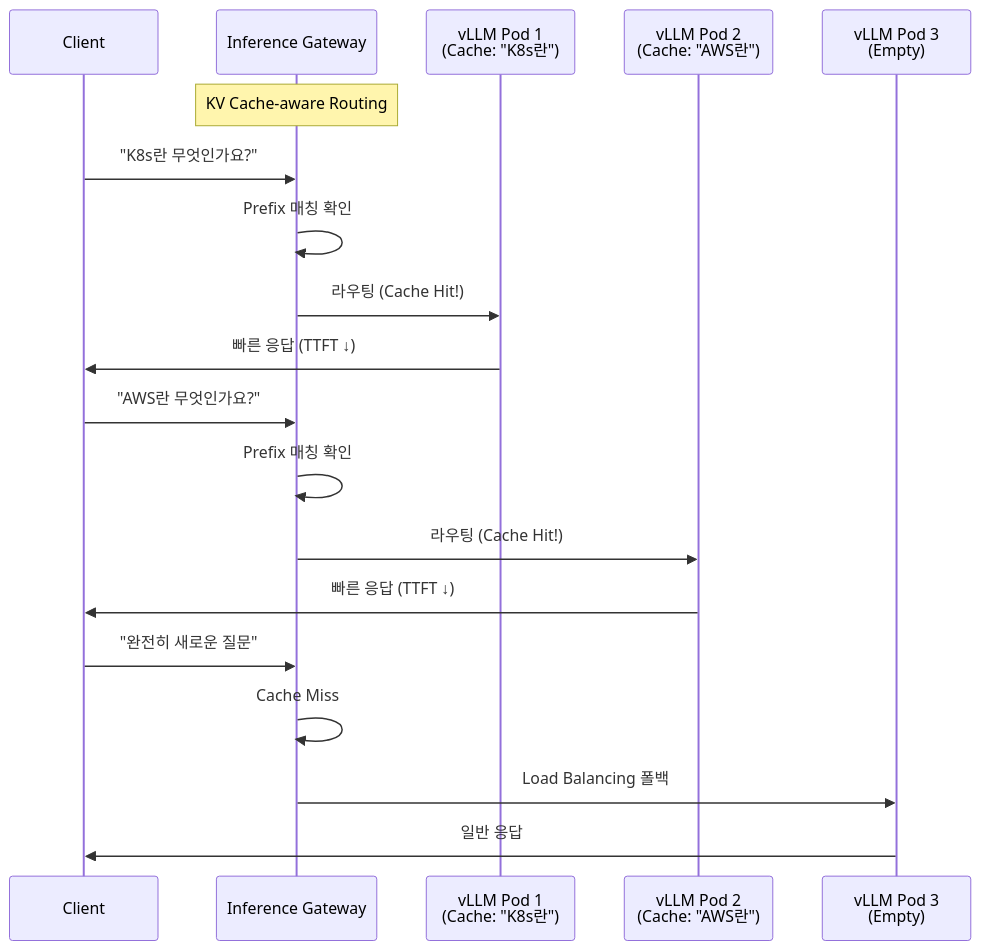
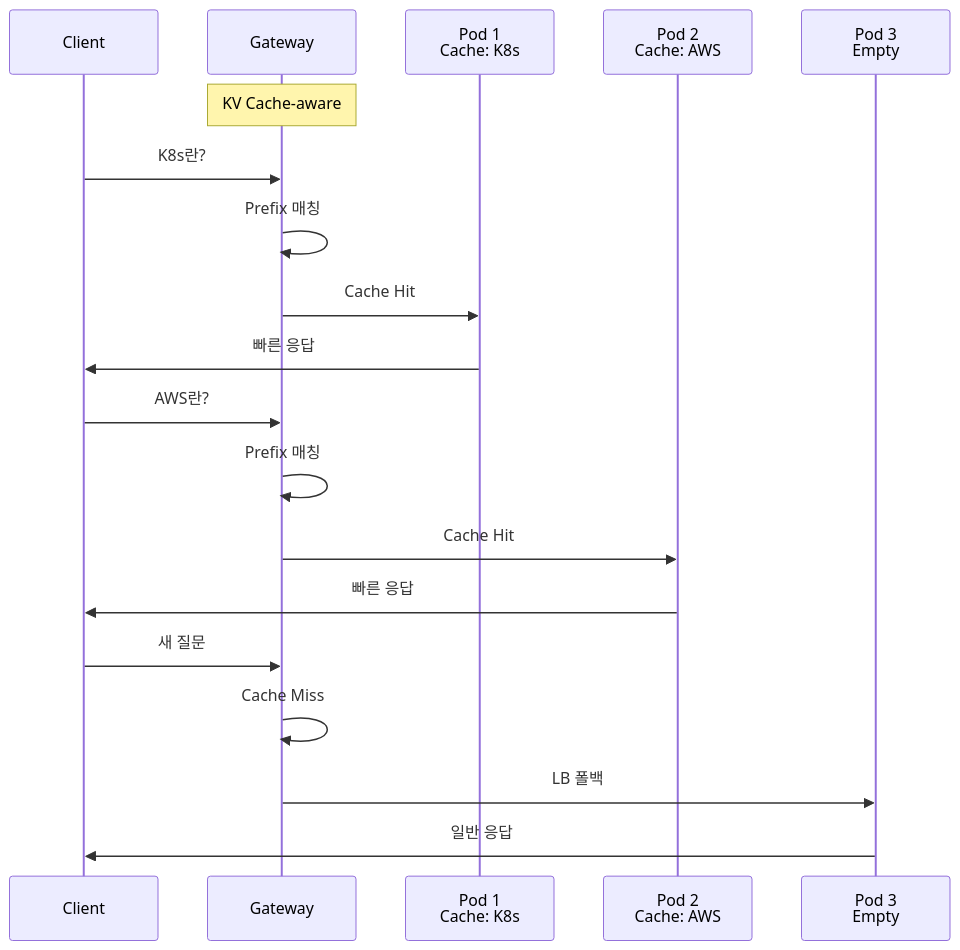
One commit to devfloor9/engineering-playbook changed the third of 3 diagrams in docs/agentic-ai-platform/model-serving/llm-d-eks-automode.md. Above: the diagram before and after it, drawn with Mermaid. The commit also changed other lines of this file and 24 other files, not shown here.

````diff
--- a/docs/agentic-ai-platform/model-serving/llm-d-eks-automode.md
+++ b/docs/agentic-ai-platform/model-serving/llm-d-eks-automode.md
@@ -485,25 +547,25 @@
 ```mermaid
 sequenceDiagram
     participant C as Client
-    participant GW as Inference Gateway
-    participant P1 as vLLM Pod 1<br/>(Cache: "K8s란")
-    participant P2 as vLLM Pod 2<br/>(Cache: "AWS란")
-    participant P3 as vLLM Pod 3<br/>(Empty)
-    
-    Note over GW: KV Cache-aware Routing
-    
-    C->>GW: "K8s란 무엇인가요?"
-    GW->>GW: Prefix 매칭 확인
-    GW->>P1: 라우팅 (Cache Hit!)
-    P1->>C: 빠른 응답 (TTFT ↓)
-    
-    C->>GW: "AWS란 무엇인가요?"
-    GW->>GW: Prefix 매칭 확인
-    GW->>P2: 라우팅 (Cache Hit!)
-    P2->>C: 빠른 응답 (TTFT ↓)
-    
-    C->>GW: "완전히 새로운 질문"
+    participant GW as Gateway
+    participant P1 as Pod 1<br/>Cache: K8s
+    participant P2 as Pod 2<br/>Cache: AWS
+    participant P3 as Pod 3<br/>Empty
+
+    Note over GW: KV Cache-aware
+
+    C->>GW: K8s란?
+    GW->>GW: Prefix 매칭
+    GW->>P1: Cache Hit
+    P1->>C: 빠른 응답
+
+    C->>GW: AWS란?
+    GW->>GW: Prefix 매칭
+    GW->>P2: Cache Hit
+    P2->>C: 빠른 응답
+
+    C->>GW: 새 질문
     GW->>GW: Cache Miss
-    GW->>P3: Load Balancing 폴백
+    GW->>P3: LB 폴백
     P3->>C: 일반 응답
 ```
````
